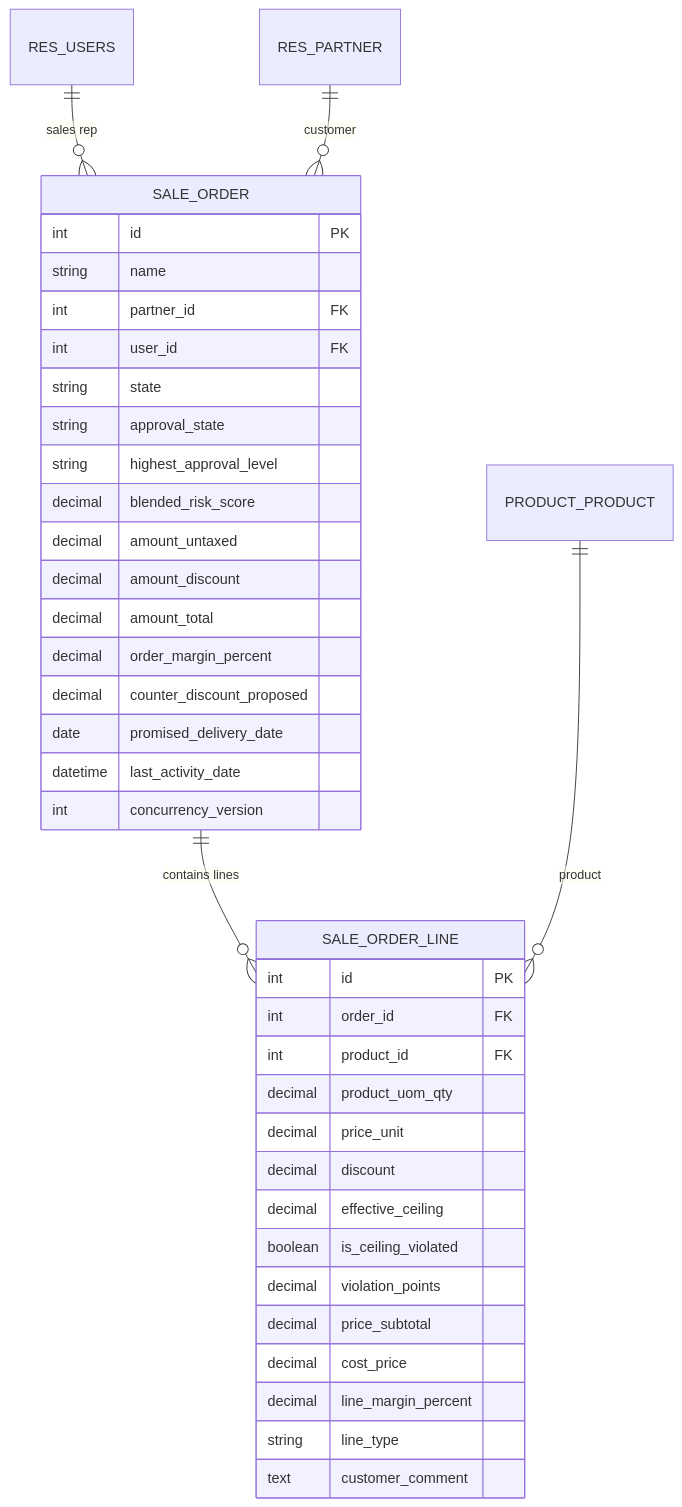
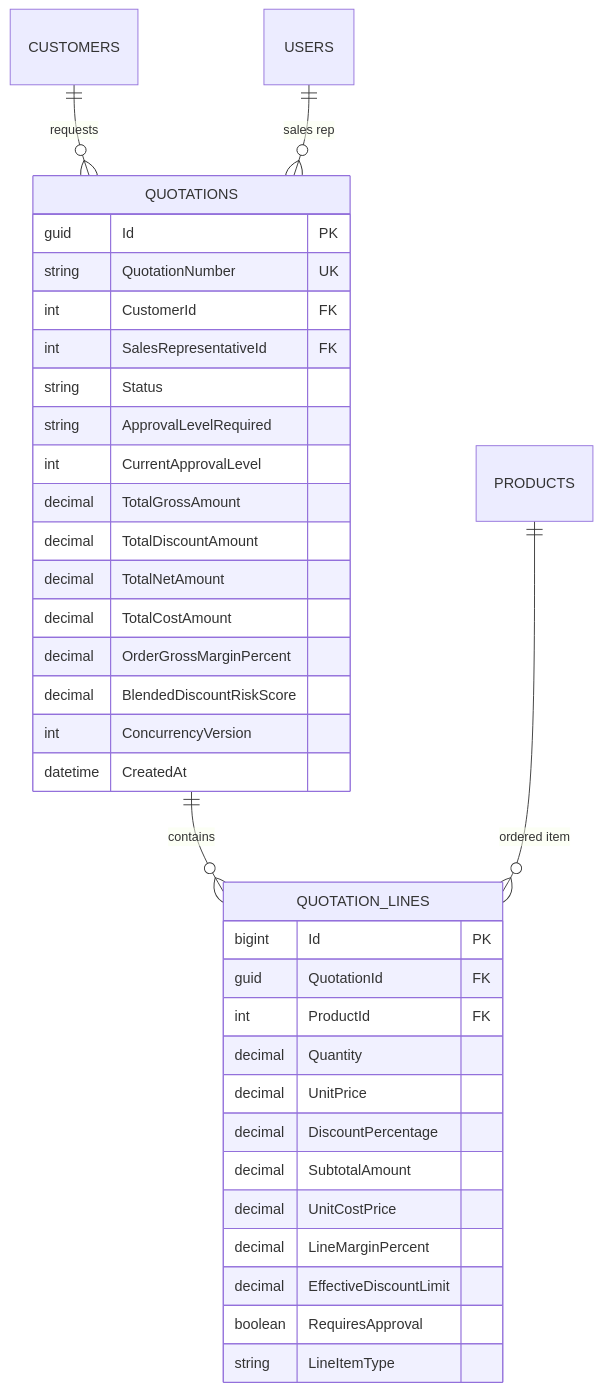
Before and after one commit to aniruddh209/Odoo-Heckathon-Gandhinagar: the third of 9 diagrams in docs/database/DEALFLOW360_ERD.md, drawn with Mermaid. The commit also changed other lines of this file and 10 other files, not shown here.

Commit message:
chore(architecture): lock stack to React + ASP.NET Core + SQL Server and align documentation

````diff
--- a/docs/database/DEALFLOW360_ERD.md
+++ b/docs/database/DEALFLOW360_ERD.md
@@ -90,43 +90,40 @@
 ```mermaid
 erDiagram
-    SALE_ORDER ||--o{ SALE_ORDER_LINE : "contains lines"
-    RES_USERS ||--o{ SALE_ORDER : "sales rep"
-    RES_PARTNER ||--o{ SALE_ORDER : "customer"
-    PRODUCT_PRODUCT ||--o{ SALE_ORDER_LINE : "product"
+    CUSTOMERS ||--o{ QUOTATIONS : "requests"
+    USERS ||--o{ QUOTATIONS : "sales rep"
+    QUOTATIONS ||--o{ QUOTATION_LINES : "contains"
+    PRODUCTS ||--o{ QUOTATION_LINES : "ordered item"
 
-    SALE_ORDER {
-        int id PK
-        string name
-        int partner_id FK
-        int user_id FK
-        string state
-        string approval_state
-        string highest_approval_level
-        decimal blended_risk_score
-        decimal amount_untaxed
-        decimal amount_discount
-        decimal amount_total
-        decimal order_margin_percent
-        decimal counter_discount_proposed
-        date promised_delivery_date
-        datetime last_activity_date
-        int concurrency_version
+    QUOTATIONS {
+        guid Id PK
+        string QuotationNumber UK
+        int CustomerId FK
+        int SalesRepresentativeId FK
+        string Status
+        string ApprovalLevelRequired
+        int CurrentApprovalLevel
+        decimal TotalGrossAmount
+        decimal TotalDiscountAmount
+        decimal TotalNetAmount
+        decimal TotalCostAmount
+        decimal OrderGrossMarginPercent
+        decimal BlendedDiscountRiskScore
+        int ConcurrencyVersion
+        datetime CreatedAt
     }
 
-    SALE_ORDER_LINE {
-        int id PK
-        int order_id FK
-        int product_id FK
-        decimal product_uom_qty
-        decimal price_unit
-        decimal discount
-        decimal effective_ceiling
-        boolean is_ceiling_violated
-        decimal violation_points
-        decimal price_subtotal
-        decimal cost_price
-        decimal line_margin_percent
-        string line_type
-        text customer_comment
+    QUOTATION_LINES {
+        bigint Id PK
+        guid QuotationId FK
+        int ProductId FK
+        decimal Quantity
+        decimal UnitPrice
+        decimal DiscountPercentage
+        decimal SubtotalAmount
+        decimal UnitCostPrice
+        decimal LineMarginPercent
+        decimal EffectiveDiscountLimit
+        boolean RequiresApproval
+        string LineItemType
     }
 ```
````
